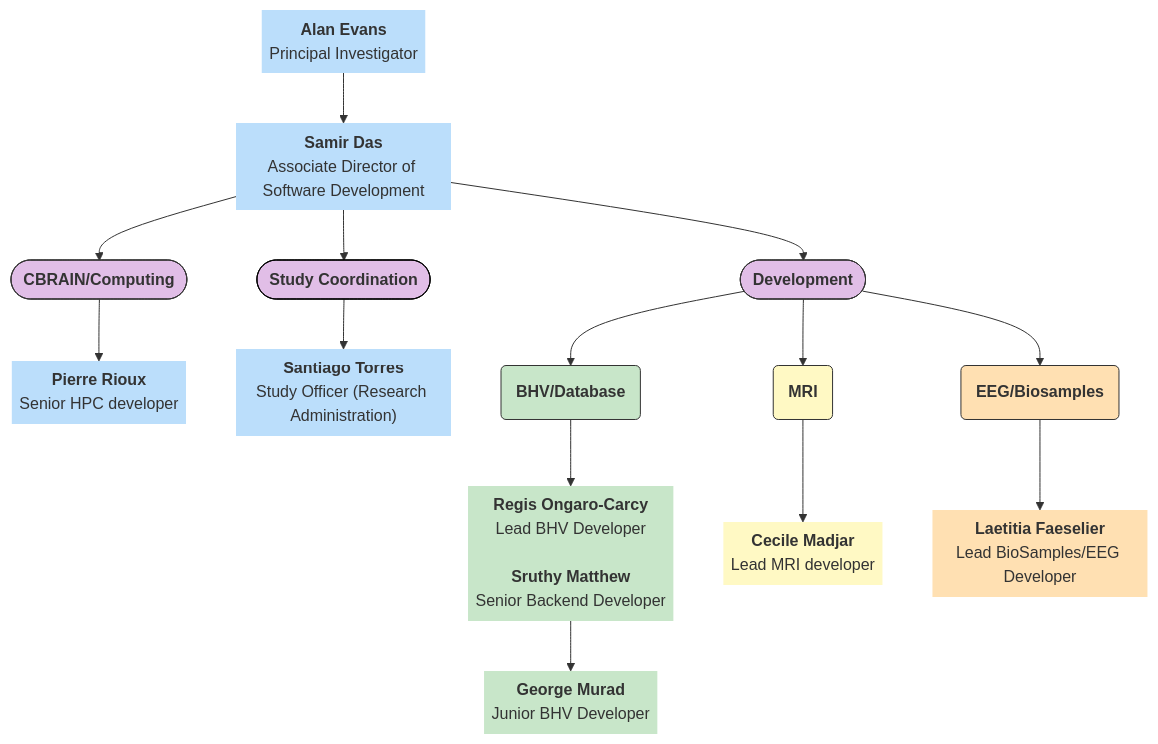
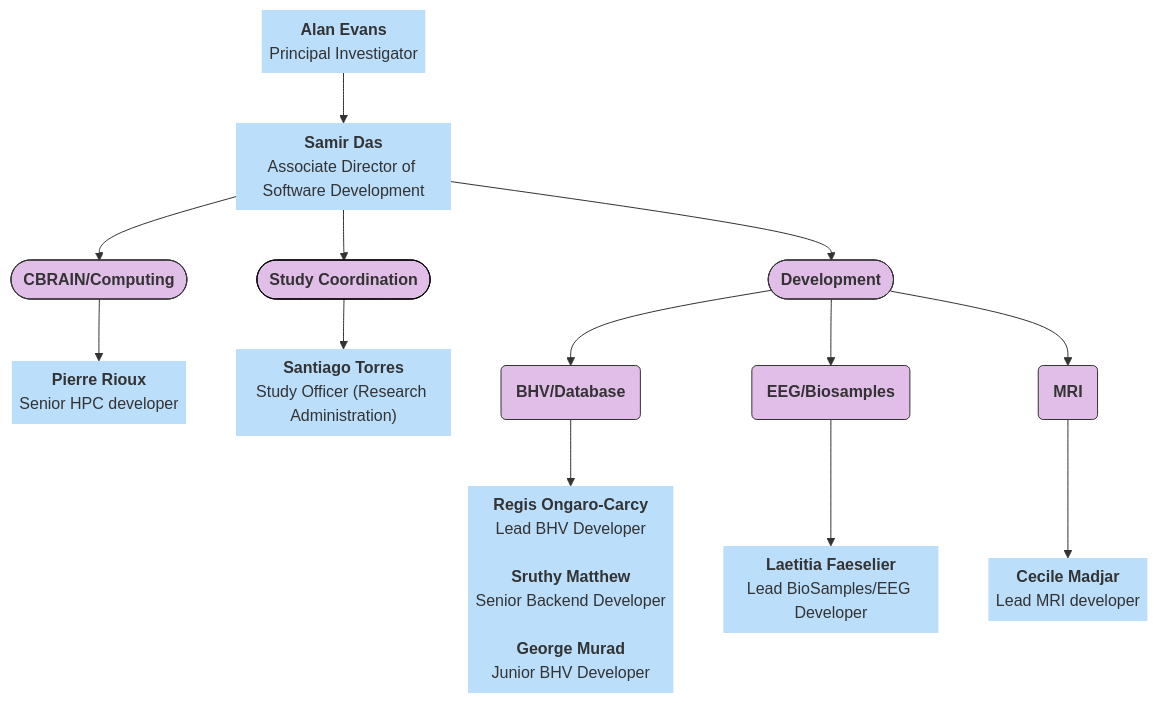
The second of 9 diagrams in docs/orgcharts.md (DCAN-Labs/hbcd-docs-internal), drawn with Mermaid before and after one commit.

Commit message:
clean up loris

````diff
--- a/docs/orgcharts.md
+++ b/docs/orgcharts.md
@@ -54,50 +54,47 @@
 ```mermaid
 ---
 config:
   layout: dagre
 ---
 flowchart TB
     A["<b>Alan Evans</b><br>Principal Investigator"] --> nl["<b>Samir Das</b><br>Associate Director of Software Development"]
-    nl --> n9(["<b>Study Coordination</b>"]) & C(["<b>CBRAIN/Computing</b>"]) & B(["<b>Development</b>"])
+    nl --> n9(["<b>Study Coordination</b>"]) & C(["<b>CBRAIN/Computing</b><br>"]) & B(["<b>Development</b>"])
     C --> D["<b>Pierre Rioux</b><br>Senior HPC developer"]
     n9 --> E["<b>Santiago Torres</b><br>Study Officer (Research Administration)"]
     B --> F["<b>BHV/Database</b>"] & H["<b>EEG/Biosamples</b>"] & G["<b>MRI</b>"]
     F --> I["<b>Regis Ongaro-Carcy</b><br>Lead BHV Developer<br>
-    <b>Sruthy Matthew</b><br>Senior Backend Developer"]
-    I --> K["<b>George Murad</b><br>Junior BHV Developer"]
+    <b>Sruthy Matthew</b><br>Senior Backend Developer<br>
+    <b>George Murad</b><br>Junior BHV Developer"]
     G --> L["<b>Cecile Madjar</b><br>Lead MRI developer"]
     H --> M["<b>Laetitia Faeselier</b><br>Lead BioSamples/EEG Developer"]
     A@{ shape: text}
     nl@{ shape: text}
     D@{ shape: text}
     E@{ shape: text}
     F@{ shape: rounded}
     H@{ shape: rounded}
     G@{ shape: rounded}
     I@{ shape: text}
-    K@{ shape: text}
     L@{ shape: text}
     M@{ shape: text}
     style A stroke:#000000,fill:#BBDEFB
     style nl stroke:#000000,fill:#BBDEFB
     style n9 stroke:#000000,fill:#E1BEE7,stroke-width:1px,stroke-dasharray: 0
     style C stroke:#333,fill:#E1BEE7
     style B stroke:#333,fill:#E1BEE7
     style D stroke:#333,fill:#BBDEFB
     style E stroke:#333,fill:#BBDEFB
-    style F stroke:#333,fill:#C8E6C9
-    style H stroke:#333,fill:#FFE0B2
-    style G stroke:#333,fill:#FFF9C4
-    style I stroke:#333,fill:#C8E6C9
-    style K stroke:#333,fill:#C8E6C9
-    style L stroke:#000000,fill:#FFF9C4
-    style M fill:#FFE0B2,stroke:#000000
+    style F stroke:#333,fill:#E1BEE7
+    style H stroke:#333,fill:#E1BEE7
+    style G stroke:#333,fill:#E1BEE7
+    style I stroke:#333,fill:#BBDEFB
+    style L stroke:#000000,fill:#BBDEFB
+    style M fill:#BBDEFB,stroke:#000000
     click A "#evans"
     click nl "#das"
     click D "#rioux"
     click E "#torres"
     click I "#bhv-database"
-    click K "#bhv-database"
     click L "#madjar"
     click M "#faeselier"
 ```
````
